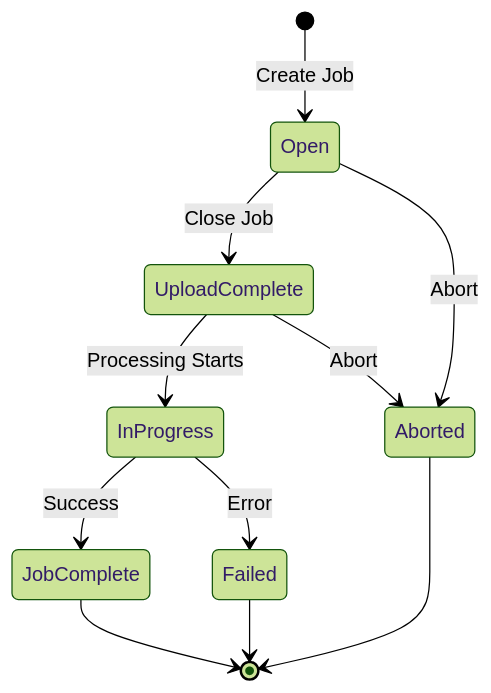
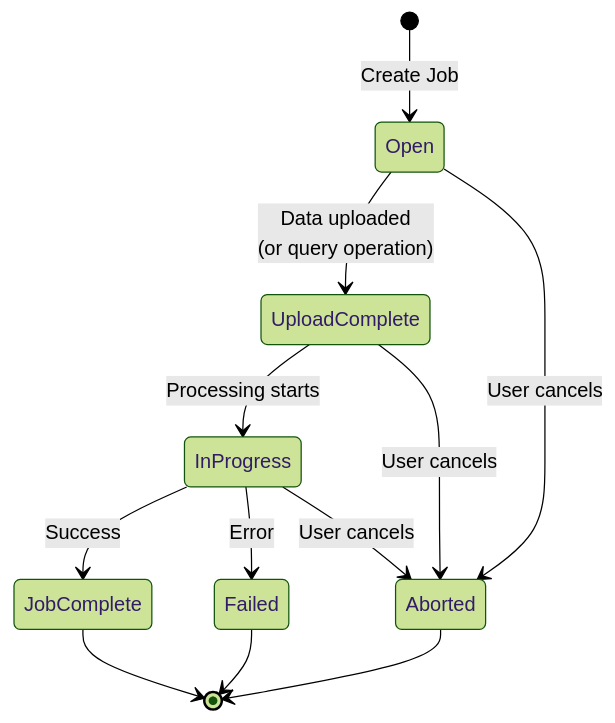
One commit to zhiweio/redshift-spectra changed the second of 7 diagrams in docs/user-guide/bulk-api.md. Above: the diagram before and after it, drawn with Mermaid (forest theme). The commit also changed other lines of this file and 15 other files, not shown here.

````diff
--- a/docs/user-guide/bulk-api.md
+++ b/docs/user-guide/bulk-api.md
@@ -7,14 +55,18 @@
 ```mermaid
 stateDiagram-v2
     [*] --> Open: Create Job
-    Open --> UploadComplete: Close Job
-    UploadComplete --> InProgress: Processing Starts
+    
+    Open --> UploadComplete: Data uploaded<br>(or query operation)
+    Open --> Aborted: User cancels
+    
+    UploadComplete --> InProgress: Processing starts
+    UploadComplete --> Aborted: User cancels
+    
     InProgress --> JobComplete: Success
     InProgress --> Failed: Error
+    InProgress --> Aborted: User cancels
+    
     JobComplete --> [*]
     Failed --> [*]
-    
-    Open --> Aborted: Abort
-    UploadComplete --> Aborted: Abort
     Aborted --> [*]
 ```
````
